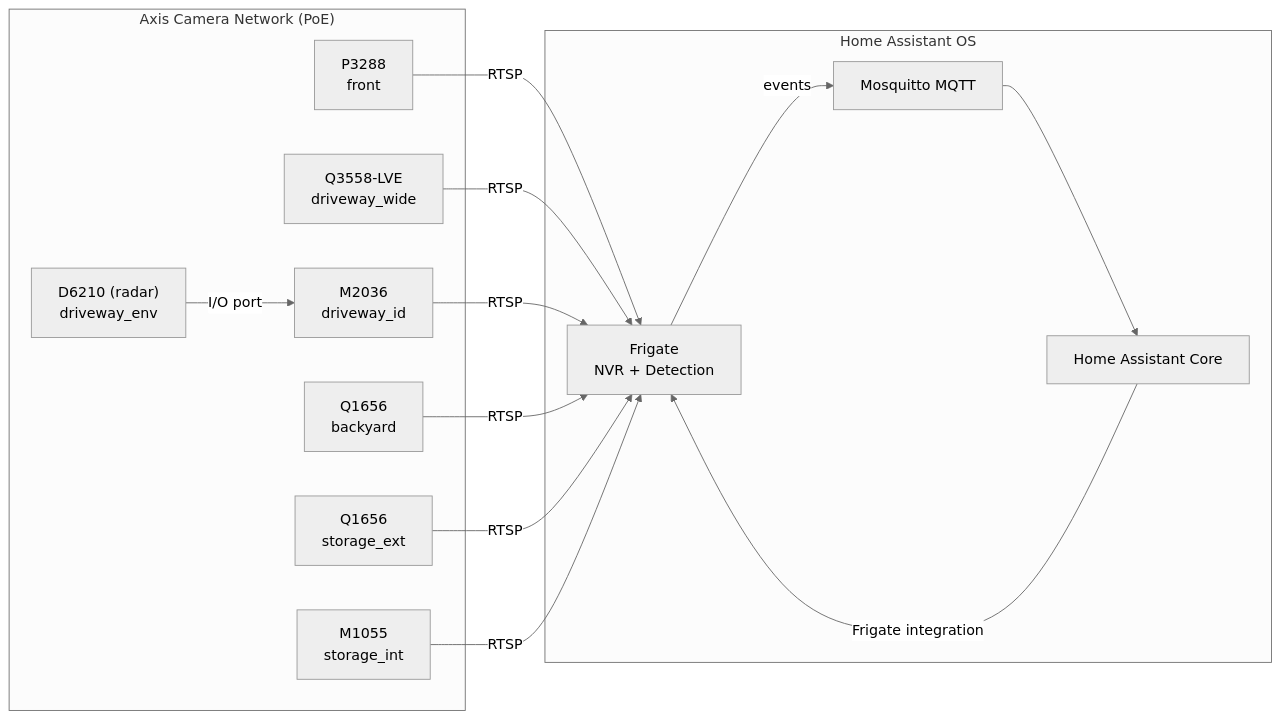
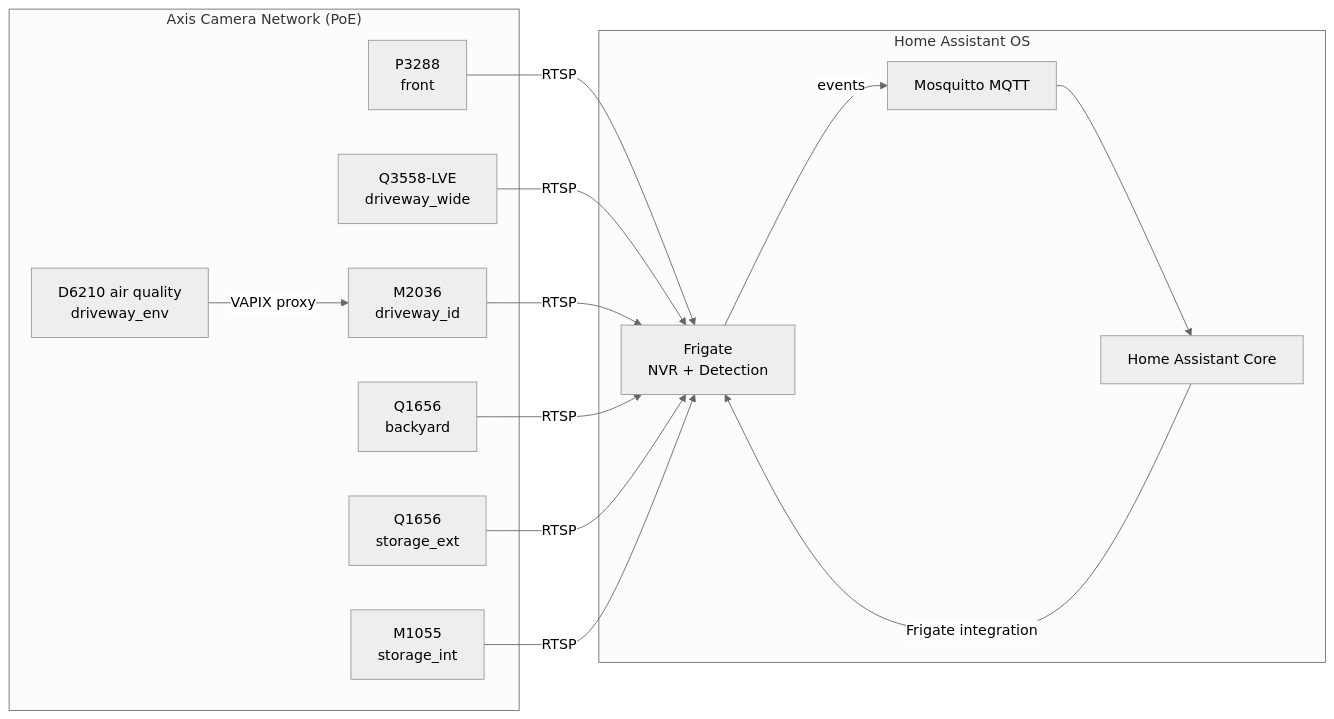
The first of 4 diagrams in docs/architecture/overview.md (thomasdanielsson731/home-assistant-lab), drawn with Mermaid (neutral theme) before and after one commit. The commit also changed 34 other files, not shown here.

````diff
--- a/docs/architecture/overview.md
+++ b/docs/architecture/overview.md
@@ -55,29 +55,29 @@
 ```mermaid
 graph LR
     subgraph Cameras["Axis Camera Network (PoE)"]
         P3288["P3288\nfront"]
         Q3558["Q3558-LVE\ndriveway_wide"]
         M2036["M2036\ndriveway_id"]
         Q1656B["Q1656\nbackyard"]
         Q1656S["Q1656\nstorage_ext"]
         M1055["M1055\nstorage_int"]
-        D6210["D6210 (radar)\ndriveway_env"] -->|"I/O port"| M2036
+        D6210["D6210 air quality\ndriveway_env"] -->|"VAPIX proxy"| M2036
     end
 
     subgraph HAOS["Home Assistant OS"]
         Frigate["Frigate\nNVR + Detection"]
         HA["Home Assistant Core"]
         MQTT["Mosquitto MQTT"]
     end
 
     P3288 -->|RTSP| Frigate
     Q3558 -->|RTSP| Frigate
     M2036 -->|RTSP| Frigate
     Q1656B -->|RTSP| Frigate
     Q1656S -->|RTSP| Frigate
     M1055 -->|RTSP| Frigate
 
     Frigate -->|events| MQTT
     MQTT --> HA
     HA -->|Frigate integration| Frigate
 ```
````
